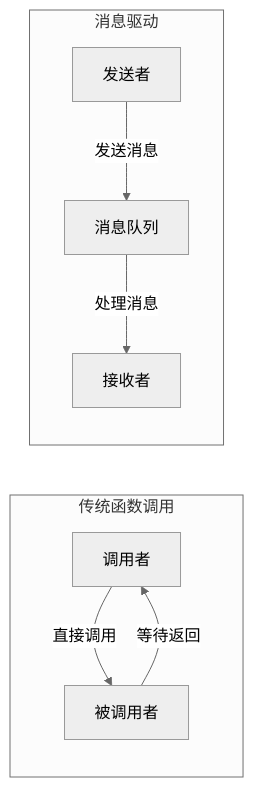
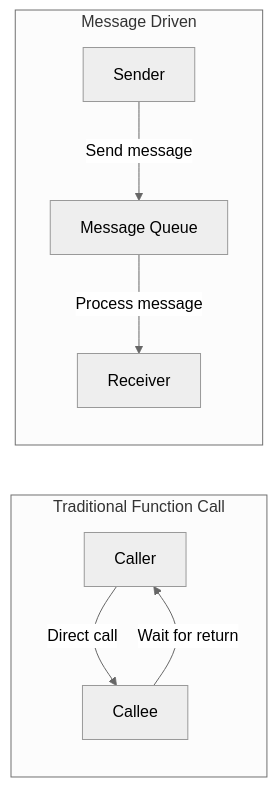
One commit to cuihairu/skynet changed the first of 4 diagrams in docs/architecture/message-driven.md. Above: the diagram before and after it, drawn with Mermaid (neutral theme). The commit also changed other lines of this file and 86 other files, not shown here.

````diff
--- a/docs/architecture/message-driven.md
+++ b/docs/architecture/message-driven.md
@@ -15,12 +15,12 @@
 ```mermaid
 graph LR
-    subgraph 传统函数调用
-        A1[调用者] -->|直接调用| B1[被调用者]
-        B1 -->|等待返回| A1
+    subgraph Traditional Function Call
+        A1[Caller] -->|Direct call| B1[Callee]
+        B1 -->|Wait for return| A1
     end
     
-    subgraph 消息驱动
-        A2[发送者] -->|发送消息| B2[消息队列]
-        B2 -->|处理消息| C2[接收者]
+    subgraph Message Driven
+        A2[Sender] -->|Send message| B2[Message Queue]
+        B2 -->|Process message| C2[Receiver]
     end
 ```
````
